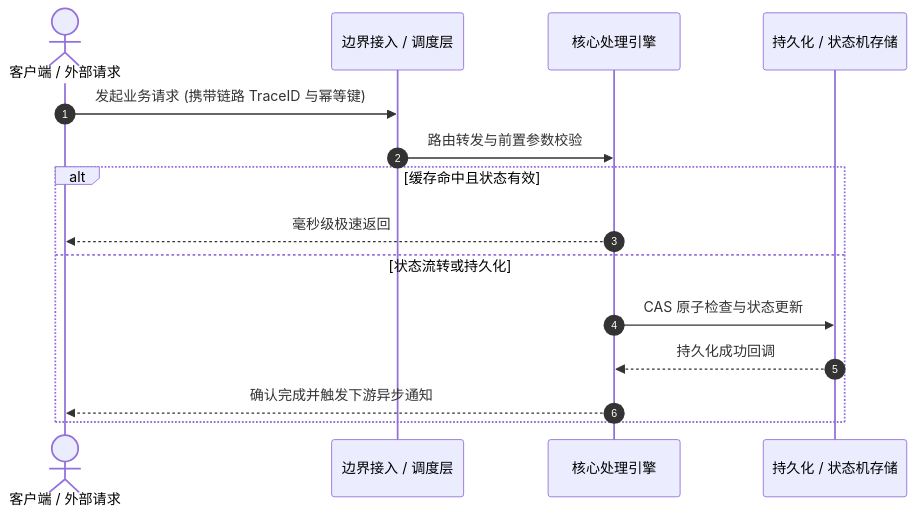
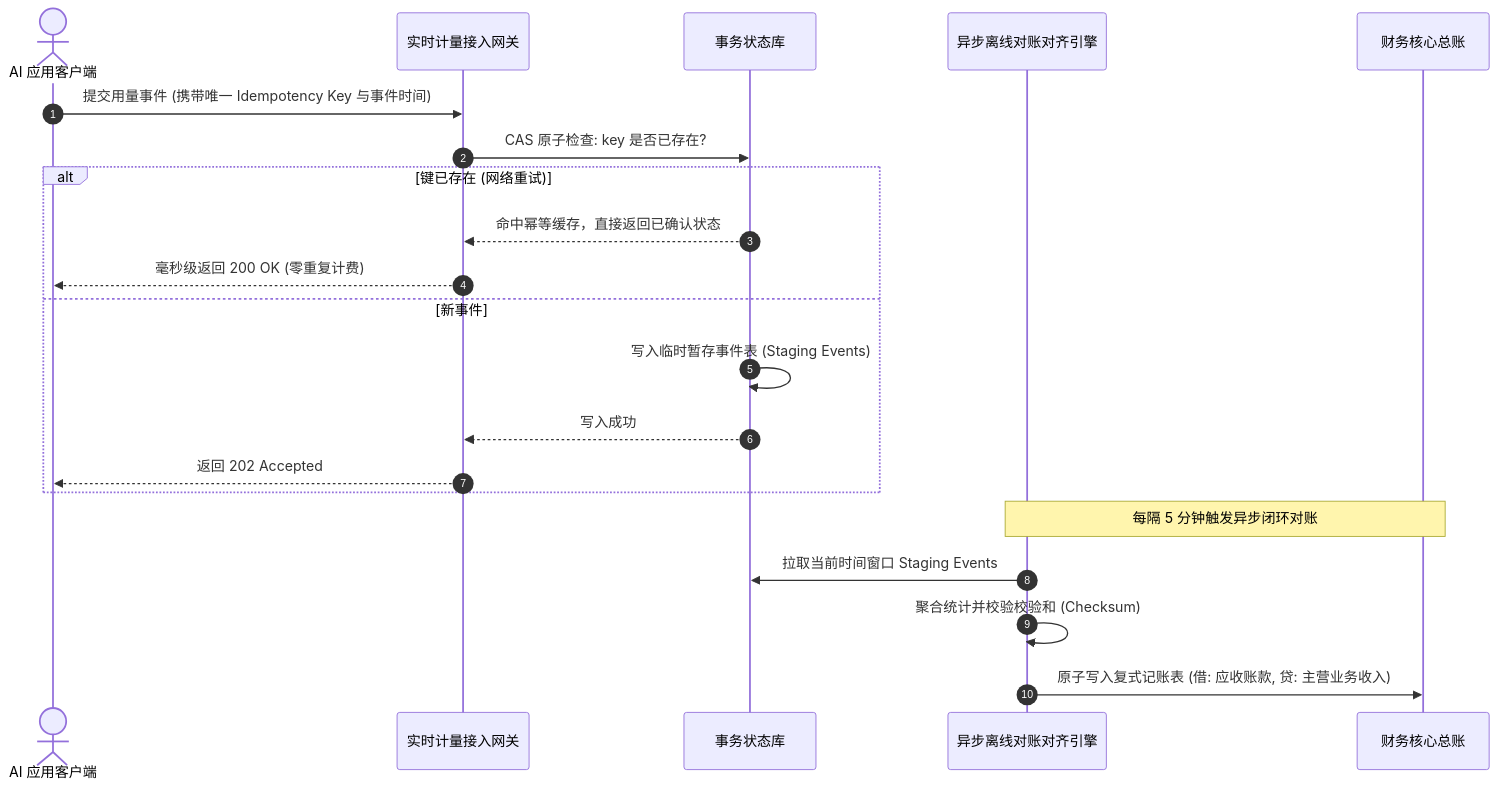
One commit to yurongfu-01/tech-radar-pipeline changed the third of 3 diagrams in output/vault/blog/20261012_Why I tried to kill token billing (and why we kept it).md. Above: the diagram before and after it, drawn with Mermaid. The commit also changed other lines of this file and 15 other files, not shown here.

````diff
--- a/output/vault/blog/20261012_Why I tried to kill token billing (and why we kept it).md
+++ b/output/vault/blog/20261012_Why I tried to kill token billing (and why we kept it).md
@@ -60,18 +144,25 @@
 ```mermaid
 sequenceDiagram
     autonumber
-    actor Client as 客户端 / 外部请求
-    participant Gateway as 边界接入 / 调度层
-    participant CoreEngine as 核心处理引擎
-    participant Storage as 持久化 / 状态机存储
+    actor Customer as AI 应用客户端
+    participant MeterAPI as 实时计量接入网关
+    participant Storage as 事务状态库
+    participant Reconciler as 异步离线对账对齐引擎
+    participant Ledger as 财务核心总账
 
-    Client->>Gateway: 发起业务请求 (携带链路 TraceID 与幂等键)
-    Gateway->>CoreEngine: 路由转发与前置参数校验
-    alt 缓存命中且状态有效
-        CoreEngine-->>Client: 毫秒级极速返回
-    else 状态流转或持久化
-        CoreEngine->>Storage: CAS 原子检查与状态更新
-        Storage-->>CoreEngine: 持久化成功回调
-        CoreEngine-->>Client: 确认完成并触发下游异步通知
+    Customer->>MeterAPI: 提交用量事件 (携带唯一 Idempotency Key 与事件时间)
+    MeterAPI->>Storage: CAS 原子检查: key 是否已存在?
+    alt 键已存在 (网络重试)
+        Storage-->>MeterAPI: 命中幂等缓存，直接返回已确认状态
+        MeterAPI-->>Customer: 毫秒级返回 200 OK (零重复计费)
+    else 新事件
+        Storage->>Storage: 写入临时暂存事件表 (Staging Events)
+        Storage-->>MeterAPI: 写入成功
+        MeterAPI-->>Customer: 返回 202 Accepted
     end
+
+    Note over Reconciler,Ledger: 每隔 5 分钟触发异步闭环对账
+    Reconciler->>Storage: 拉取当前时间窗口 Staging Events
+    Reconciler->>Reconciler: 聚合统计并校验校验和 (Checksum)
+    Reconciler->>Ledger: 原子写入复式记账表 (借: 应收账款, 贷: 主营业务收入)
 ```
````
